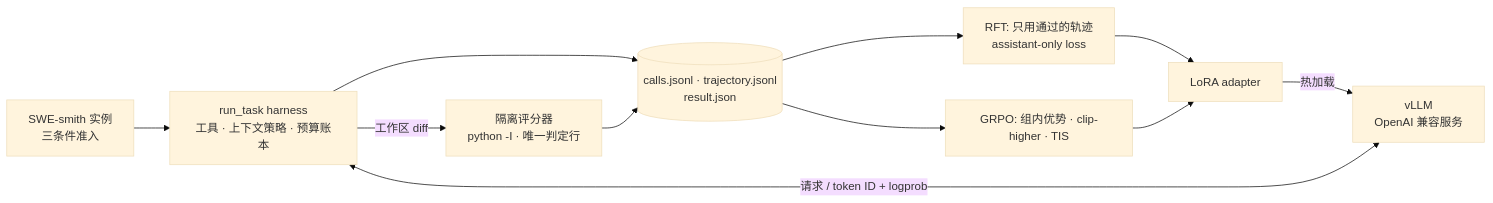
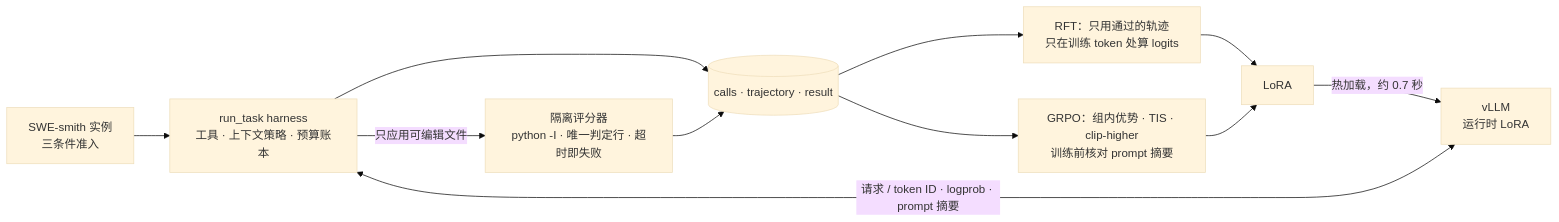
The diagram in README.md (amzing2334-jpg/budget-agent), drawn with Mermaid (base theme) before and after one commit. The commit also changed other lines of this file and 11 other files, not shown here.

````diff
--- a/README.md
+++ b/README.md
@@ -5,13 +16,13 @@
 ```mermaid
 flowchart LR
     T[SWE-smith 实例<br/>三条件准入] --> H[run_task harness<br/>工具 · 上下文策略 · 预算账本]
-    V[vLLM<br/>OpenAI 兼容服务] <-->|请求 / token ID + logprob| H
-    H -->|工作区 diff| G[隔离评分器<br/>python -I · 唯一判定行]
-    H --> A[(calls.jsonl · trajectory.jsonl<br/>result.json)]
+    V[vLLM<br/>运行时 LoRA] <-->|请求 / token ID · logprob · prompt 摘要| H
+    H -->|只应用可编辑文件| G[隔离评分器<br/>python -I · 唯一判定行 · 超时即失败]
+    H --> A[(calls · trajectory · result)]
     G --> A
-    A --> S[RFT: 只用通过的轨迹<br/>assistant-only loss]
-    A --> R[GRPO: 组内优势 · clip-higher · TIS]
-    S --> M[LoRA adapter]
+    A --> S[RFT：只用通过的轨迹<br/>只在训练 token 处算 logits]
+    A --> R[GRPO：组内优势 · TIS · clip-higher<br/>训练前核对 prompt 摘要]
+    S --> M[LoRA]
     R --> M
-    M -->|热加载| V
+    M -->|热加载，约 0.7 秒| V
 ```
````
